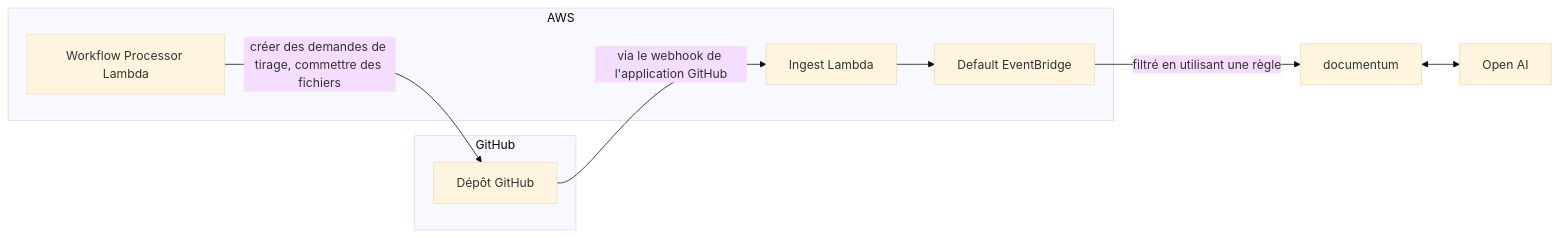
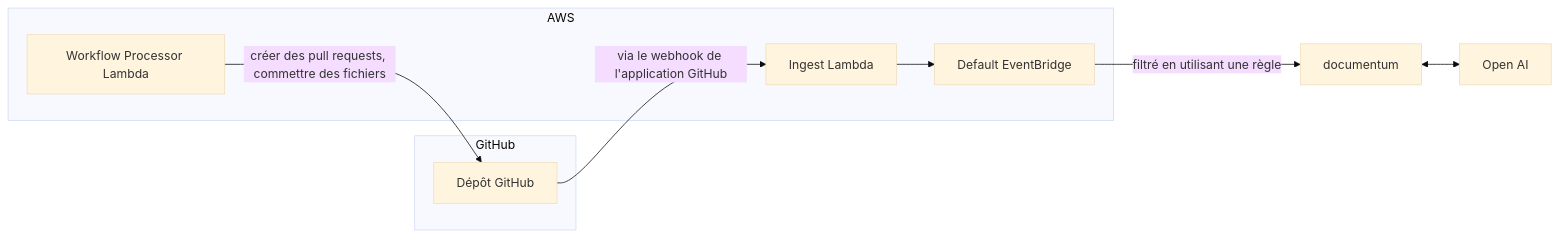
The diagram in README.fr.md (todoengineering/EvergreenDocs), drawn with Mermaid (base theme) before and after one commit. The commit also changed other lines of this file, not shown here.

````diff
--- a/README.fr.md
+++ b/README.fr.md
@@ -90,18 +88,18 @@
 ```mermaid
 graph LR
   subgraph GitHub
     githubRepo[Dépôt GitHub]
   end
 
   subgraph AWS
     ingest[Ingest Lambda]
     defaultEventBridge[Default EventBridge]
     workflowProcessor[Workflow Processor Lambda]
   end
 
   openAi[Open AI]
 
 
   githubRepo -- via le webhook de l'application GitHub --> ingest --> defaultEventBridge -- filtré en utilisant une règle --> documentum <--> openAi
-  workflowProcessor -- créer des demandes de tirage, commettre des fichiers --> githubRepo
+  workflowProcessor -- créer des pull requests, commettre des fichiers --> githubRepo
 ```
````
